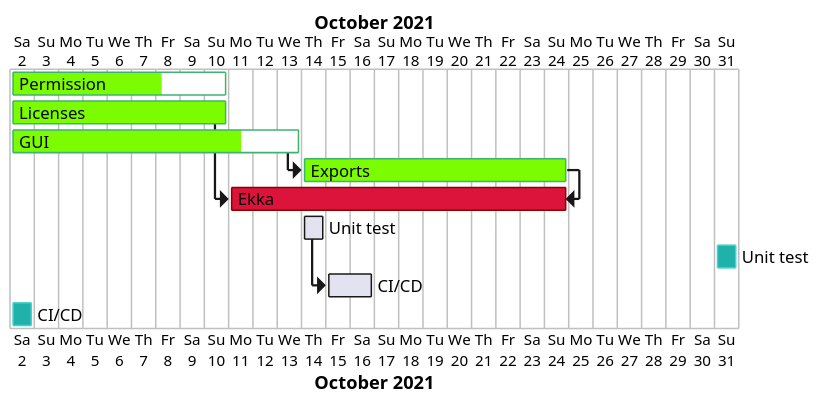
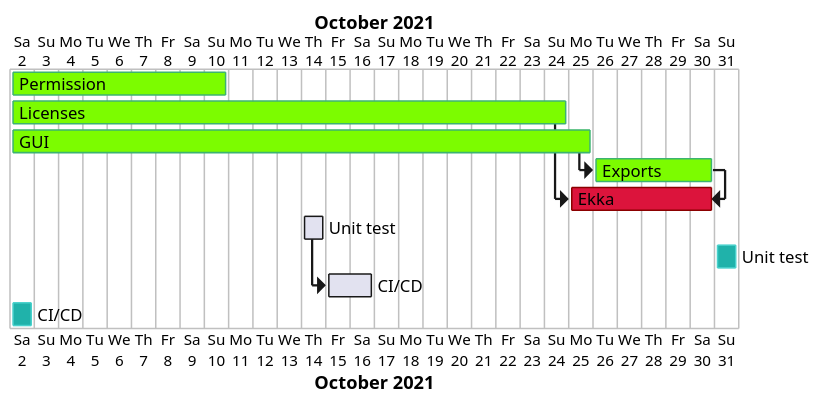
Before and after one commit to SerhiiRI/jarman: the diagram in agenda.org, drawn with PlantUML. The commit also changed 1 other file, not shown here.

Commit message:
update agenda

```diff
--- a/agenda.org
+++ b/agenda.org
@@ -18,29 +18,29 @@
   #+begin_src plantuml :file issues/agenda/release-roadmap.png
     @startgantt
     scale 800 width
     Project starts 2021-10-02
     [Permission] starts 2021-10-02
     [Permission] is colored in LawnGreen/MediumSeaGreen
     [Permission] ends 2021-10-10
-    [Permission] is 70% completed
+    [Permission] is 100% completed
     [Licenses] starts 2021-10-02
     [Licenses] is colored in LawnGreen/MediumSeaGreen
-    [Licenses] ends 2021-10-10
+    [Licenses] ends 2021-10-24
     [GUI] starts 2021-10-02
-    [GUI] is 80% completed
+    [GUI] is 100% completed
     [GUI] is colored in LawnGreen/MediumSeaGreen
-    [GUI] ends 2021-10-13
+    [GUI] ends 2021-10-25
     [Exports] is colored in LawnGreen/MediumSeaGreen
-    [Exports] ends 2021-10-24
+    [Exports] ends 2021-10-30
     [Exports] starts at [GUI]'s end
     [Ekka] starts at [Licenses]'s end
     [Ekka] is colored in Crimson/DarkRed
     [Ekka] ends at [Exports]'s end 
     [Unit test] as [U] starts 2021-10-14
     [Unit test] is colored in LightSeaGreen/MediumTurquoise
     [Unit test] ends 2021-10-31
     [CI/CD] as [C] lasts 2 day
     [CI/CD] is colored in LightSeaGreen/MediumTurquoise
     [C] starts at [U]'s end
     @endgantt
   #+end_src
```
